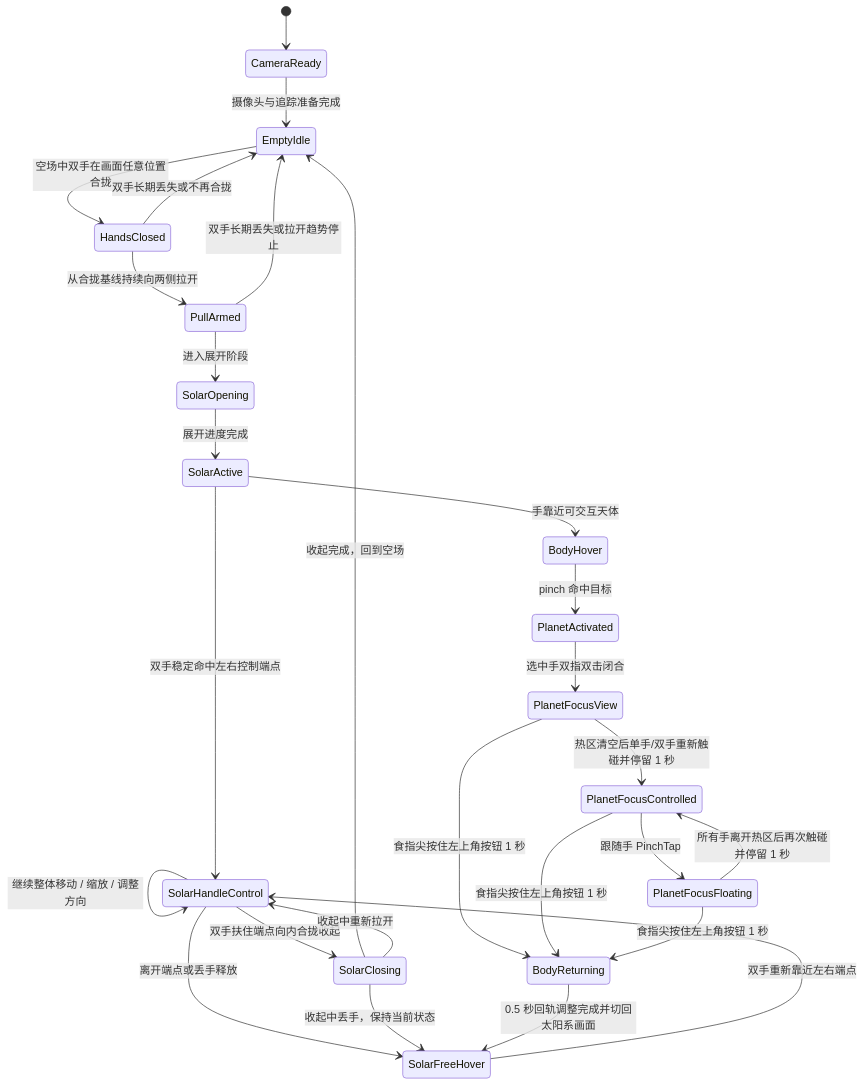
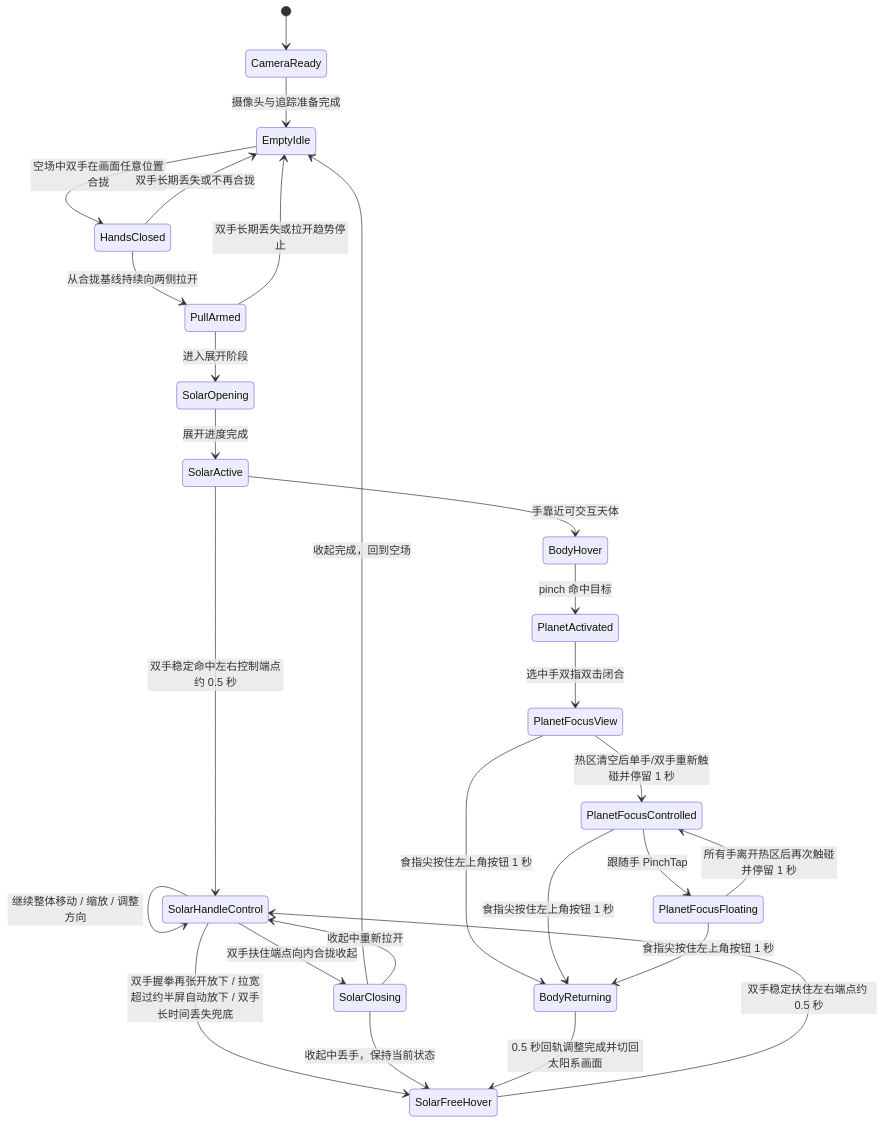
One commit to redcheeks666/ar-solar-system-demo changed the first of 2 diagrams in ar_solar_system_prd.md. Above: the diagram before and after it, drawn with Mermaid. The commit also changed other lines of this file and 32 other files, not shown here.

````diff
--- a/ar_solar_system_prd.md
+++ b/ar_solar_system_prd.md
@@ -632,29 +668,29 @@
 ```mermaid
 stateDiagram-v2
     [*] --> CameraReady
     CameraReady --> EmptyIdle: 摄像头与追踪准备完成
     EmptyIdle --> HandsClosed: 空场中双手在画面任意位置合拢
     HandsClosed --> PullArmed: 从合拢基线持续向两侧拉开
     HandsClosed --> EmptyIdle: 双手长期丢失或不再合拢
     PullArmed --> EmptyIdle: 双手长期丢失或拉开趋势停止
     PullArmed --> SolarOpening: 进入展开阶段
     SolarOpening --> SolarActive: 展开进度完成
-    SolarActive --> SolarHandleControl: 双手稳定命中左右控制端点
-    SolarFreeHover --> SolarHandleControl: 双手重新靠近左右端点
+    SolarActive --> SolarHandleControl: 双手稳定命中左右控制端点约 0.5 秒
+    SolarFreeHover --> SolarHandleControl: 双手稳定扶住左右端点约 0.5 秒
     SolarHandleControl --> SolarHandleControl: 继续整体移动 / 缩放 / 调整方向
-    SolarHandleControl --> SolarFreeHover: 离开端点或丢手释放
+    SolarHandleControl --> SolarFreeHover: 双手握拳再张开放下 / 拉宽超过约半屏自动放下 / 双手长时间丢失兜底
     SolarHandleControl --> SolarClosing: 双手扶住端点向内合拢收起
     SolarClosing --> EmptyIdle: 收起完成，回到空场
     SolarClosing --> SolarHandleControl: 收起中重新拉开
     SolarClosing --> SolarFreeHover: 收起中丢手，保持当前状态
     SolarActive --> BodyHover: 手靠近可交互天体
     BodyHover --> PlanetActivated: pinch 命中目标
     PlanetActivated --> PlanetFocusView: 选中手双指双击闭合
     PlanetFocusView --> PlanetFocusControlled: 热区清空后单手/双手重新触碰并停留 1 秒
     PlanetFocusControlled --> PlanetFocusFloating: 跟随手 PinchTap
     PlanetFocusFloating --> PlanetFocusControlled: 所有手离开热区后再次触碰并停留 1 秒
     PlanetFocusView --> BodyReturning: 食指尖按住左上角按钮 1 秒
     PlanetFocusControlled --> BodyReturning: 食指尖按住左上角按钮 1 秒
     PlanetFocusFloating --> BodyReturning: 食指尖按住左上角按钮 1 秒
     BodyReturning --> SolarFreeHover: 0.5 秒回轨调整完成并切回太阳系画面
 ```
````
